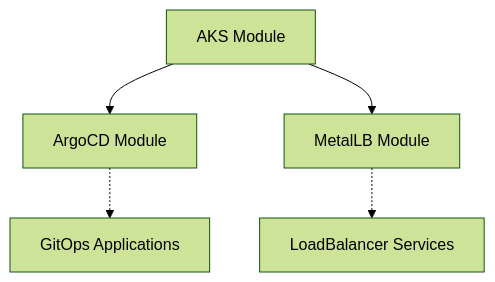
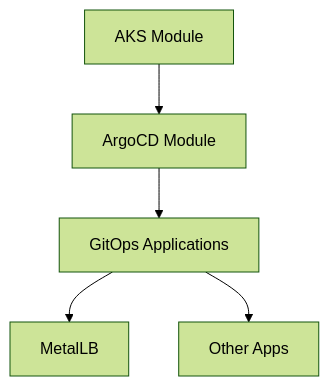
Before and after one commit to unixfg/kubernetes: the diagram in modules/README.md, drawn with Mermaid (forest theme). The commit also changed other lines of this file and 5 other files, not shown here.

First line of the commit message:
Remove MetalLB module outputs, variables, and version constraints

````diff
--- a/modules/README.md
+++ b/modules/README.md
@@ -123,7 +88,7 @@
 ```mermaid
 graph TD
     A[AKS Module] --> B[ArgoCD Module]
-    A --> C[MetalLB Module]
-    B -.-> D[GitOps Applications]
-    C -.-> E[LoadBalancer Services]
+    B --> C[GitOps Applications]
+    C --> D[MetalLB]
+    C --> E[Other Apps]
 ```
````
